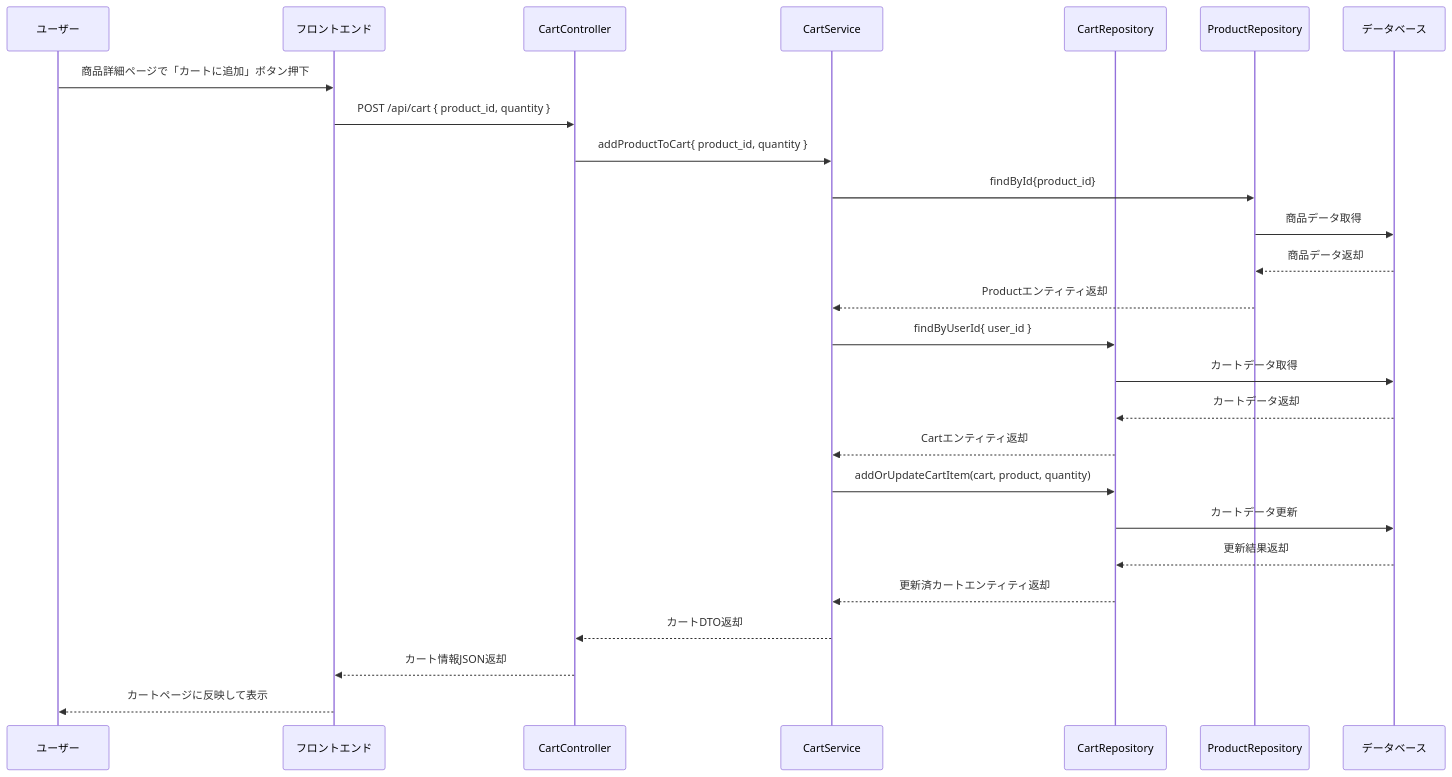
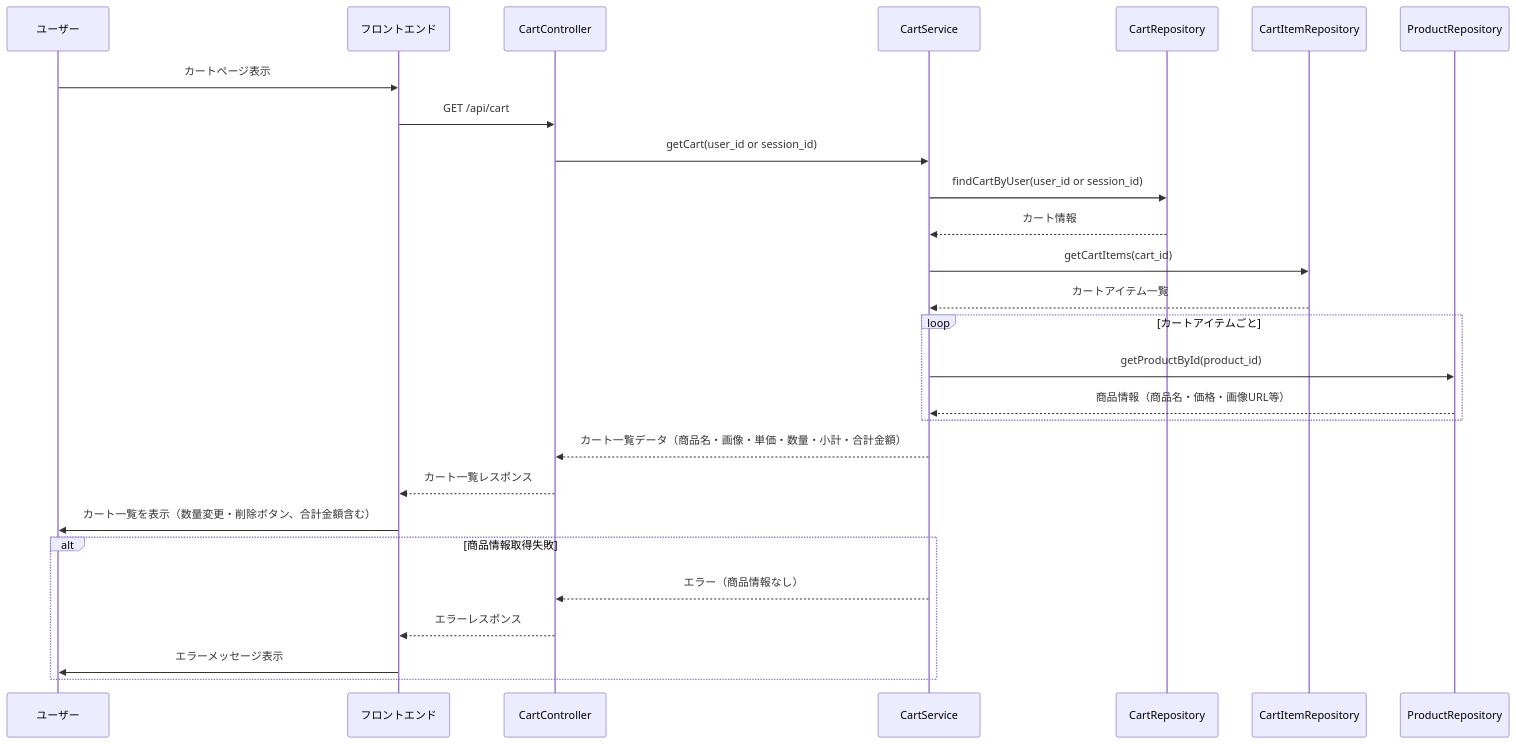
Before and after one commit to Aoi-Yaegashi/teamF: the fifth of 32 diagrams in 詳細設計/担当B_村田/3.2 機能詳細.md, drawn with Mermaid. The commit also changed other lines of this file and 1 other file, not shown here.

Commit message:
必須機能のシーケンス図更新

```diff
--- a/詳細設計/担当B_村田/3.2 機能詳細.md
+++ b/詳細設計/担当B_村田/3.2 機能詳細.md
@@ -104,29 +209,49 @@
-   <div class="mermaid">
-   sequenceDiagram
+<div class="mermaid">
+sequenceDiagram
     participant User as ユーザー
-    participant Browser as フロントエンド
-    participant CartController as CartController
-    participant CartService as CartService
+    participant FE as フロントエンド
+    participant CartC as CartController
+    participant CartS as CartService
     participant CartRepo as CartRepository
-    participant ProductRepo as ProductRepository
-    participant DB as データベース
+    participant CartItemRepo as CartItemRepository
+    participant ProdRepo as ProductRepository
 
-    User->>Browser: 商品詳細ページで「カートに追加」ボタン押下
-    Browser->>CartController: POST /api/cart { product_id, quantity }
-    CartController->>CartService: addProductToCart{ product_id, quantity }
-    CartService->>ProductRepo: findById{product_id}
-    ProductRepo->>DB: 商品データ取得
-    DB-->>ProductRepo: 商品データ返却
-    ProductRepo-->>CartService: Productエンティティ返却
-    CartService->>CartRepo: findByUserId{ user_id }
-    CartRepo->>DB: カートデータ取得
-    DB-->>CartRepo: カートデータ返却
-    CartRepo-->>CartService: Cartエンティティ返却
-    CartService->>CartRepo: addOrUpdateCartItem(cart, product, quantity)
-    CartRepo->>DB: カートデータ更新
-    DB-->>CartRepo: 更新結果返却
-    CartRepo-->>CartService: 更新済カートエンティティ返却
-    CartService-->>CartController: カートDTO返却
-    CartController-->>Browser: カート情報JSON返却
-    Browser-->>User: カートページに反映して表示
+    %% ユーザーがカートページを表示
+    User->>FE: カートページ表示
+
+    %% フロントエンドがAPI呼び出し
+    FE->>CartC: GET /api/cart
+
+    %% コントローラがサービスに処理を依頼
+    CartC->>CartS: getCart(user_id or session_id)
+
+    %% サービスがカート情報を取得
+    CartS->>CartRepo: findCartByUser(user_id or session_id)
+    CartRepo-->>CartS: カート情報
+
+    %% サービスがカートアイテム一覧を取得
+    CartS->>CartItemRepo: getCartItems(cart_id)
+    CartItemRepo-->>CartS: カートアイテム一覧
+
+    %% サービスが各カートアイテムの商品情報を取得
+    loop カートアイテムごと
+        CartS->>ProdRepo: getProductById(product_id)
+        ProdRepo-->>CartS: 商品情報（商品名・価格・画像URL等）
+    end
+
+    %% サービスが小計・合計金額を計算し、一覧データを生成
+    CartS-->>CartC: カート一覧データ（商品名・画像・単価・数量・小計・合計金額）
+
+    %% コントローラがフロントエンドに返却
+    CartC-->>FE: カート一覧レスポンス
+
+    %% フロントエンドが画面に反映
+    FE->>User: カート一覧を表示（数量変更・削除ボタン、合計金額含む）
+
+    %% 商品情報が取得できない場合
+    alt 商品情報取得失敗
+        CartS-->>CartC: エラー（商品情報なし）
+        CartC-->>FE: エラーレスポンス
+        FE->>User: エラーメッセージ表示
+    end
 </div>
```
